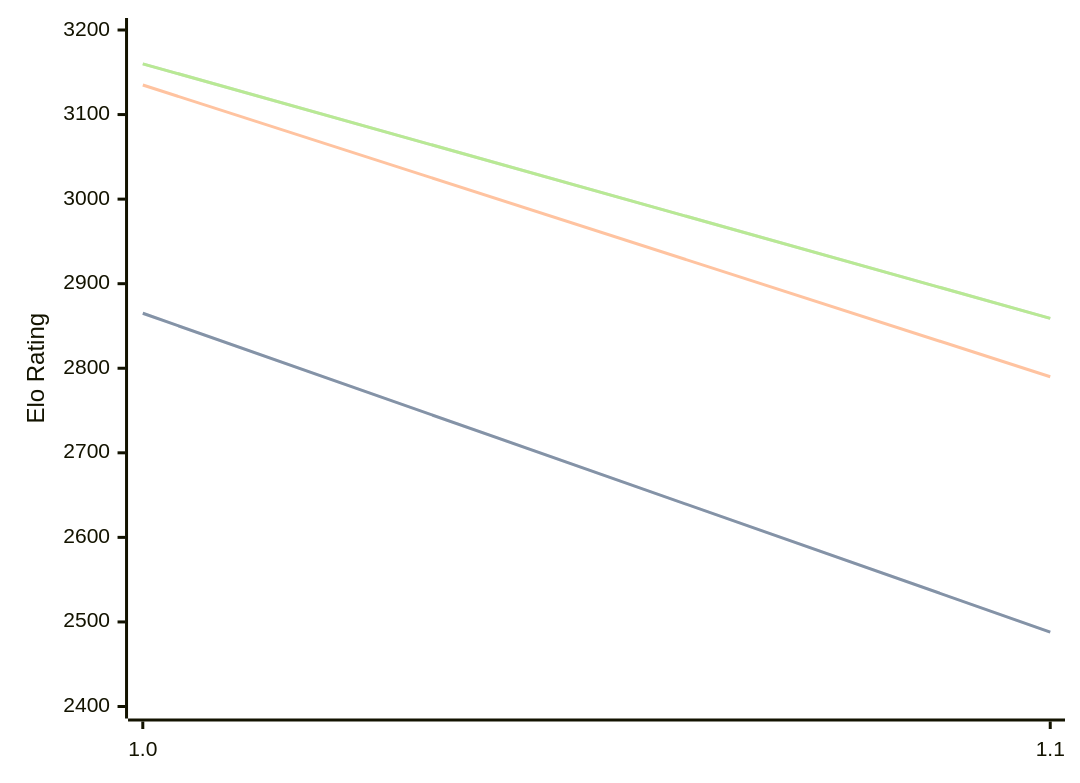
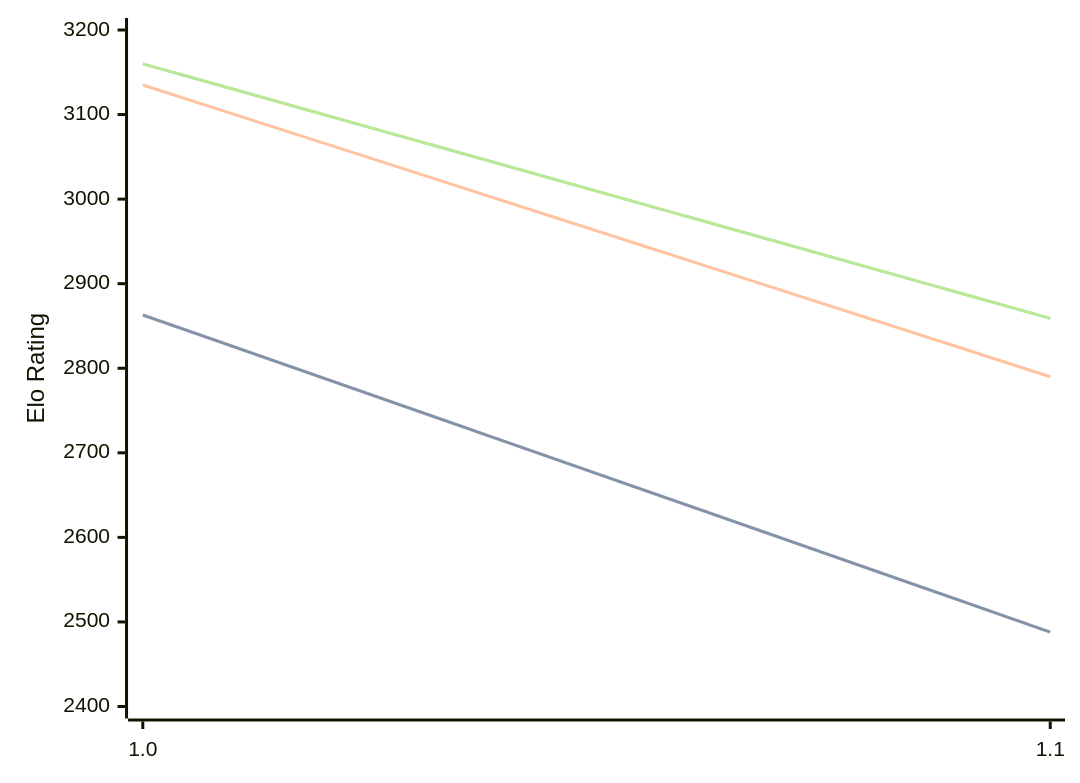
The diagram in engines/Publius.md (computer-chess-index/cci), drawn with Mermaid before and after one commit. The commit also changed other lines of this file, not shown here.

````diff
--- a/engines/Publius.md
+++ b/engines/Publius.md
@@ -30,11 +32,11 @@
 ```mermaid
 %%{init: {"theme":"base","themeVariables":{"seriesColors:['#a3a3a3','#222221','#faa371']}}}%%
 xychart-beta
   x-axis ["1.0", "1.1"]
   y-axis "Elo Rating" 2400 --> 3200
-  line "STC (8.0+0.08s)" [2865, 2488]
-  line "STC (8.0+0.08s)" [2865, 2488]
+  line "STC (8.0+0.08s)" [2863, 2488]
+  line "STC (8.0+0.08s)" [2863, 2488]
   line "LTC (60.0+0.60s)" [3135, 2790]
   line "VLTC (2m24s+1.12s)" [3160, 2859]
   line "VLTC (2m24s+1.12s)" [3160, 2859]
 ```
````
